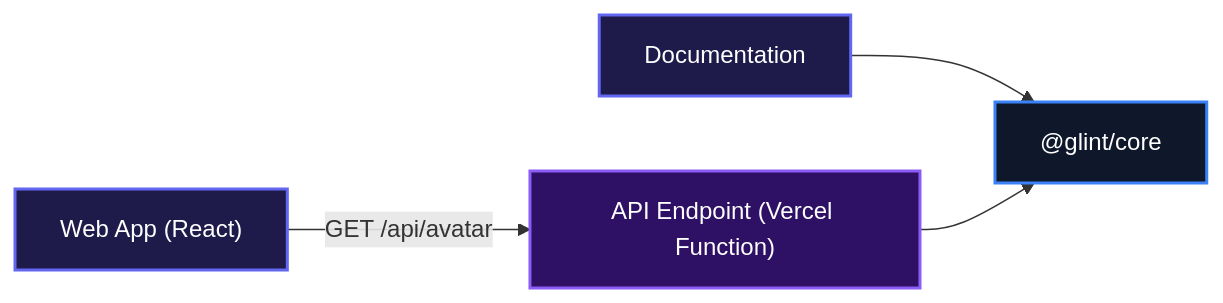
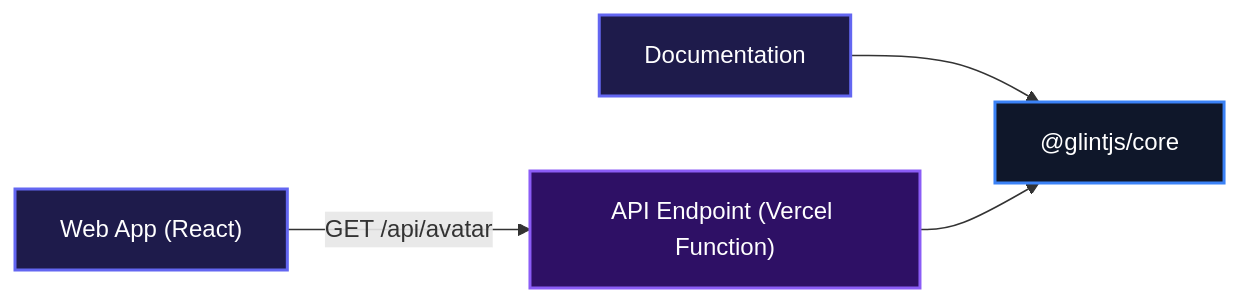
One commit to Charmingdc/glint changed the first of 2 diagrams in README.md. Above: the diagram before and after it, drawn with Mermaid. The commit also changed other lines of this file and 34 other files, not shown here.

````diff
--- a/README.md
+++ b/README.md
@@ -13,16 +13,16 @@
 ```mermaid
 flowchart LR
     WebApp["Web App (React)"]
     Docs["Documentation"]
     API["API Endpoint (Vercel Function)"]
-    Core["@glint/core"]
+    Core["@glintjs/core"]
 
     WebApp -- "GET /api/avatar" --> API
     Docs --> Core
     API --> Core
 
     style WebApp fill:#1e1b4b,stroke:#6366f1,stroke-width:2px,color:#fff
     style Docs fill:#1e1b4b,stroke:#6366f1,stroke-width:2px,color:#fff
     style API fill:#2e1065,stroke:#8b5cf6,stroke-width:2px,color:#fff
     style Core fill:#0f172a,stroke:#3b82f6,stroke-width:2px,color:#fff
 ```
````
